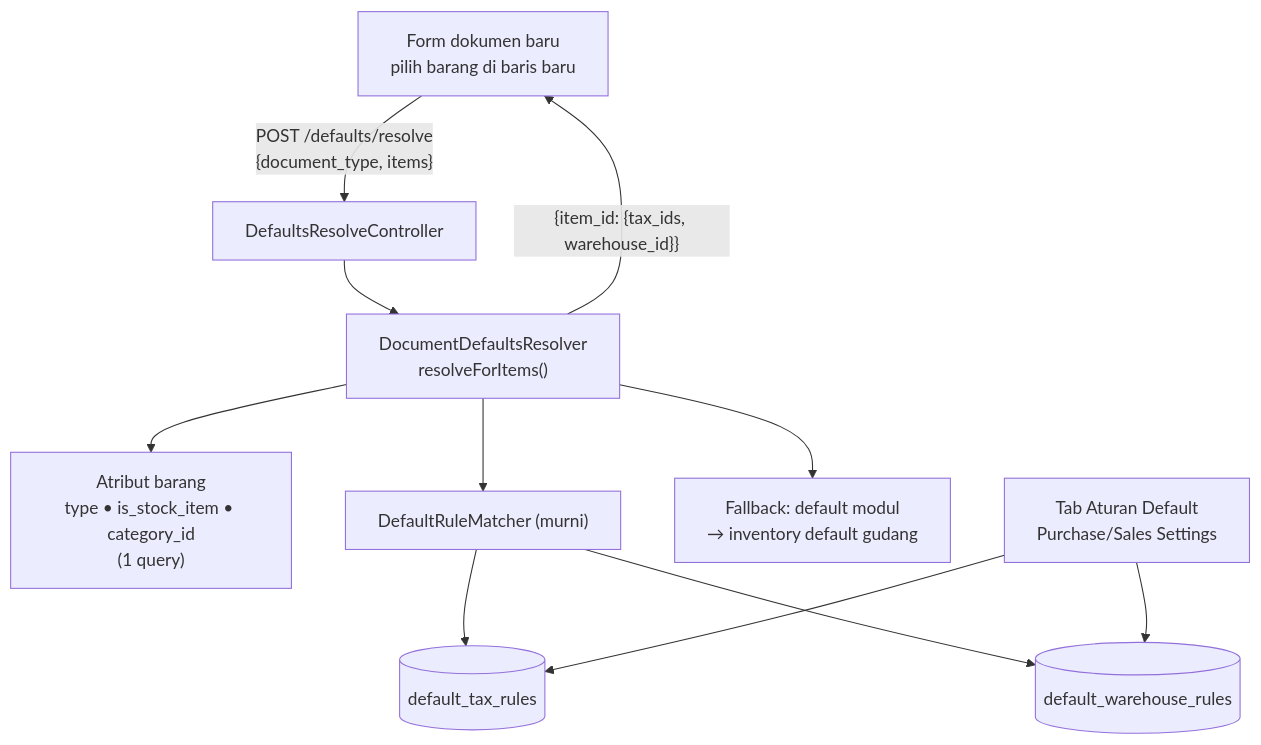
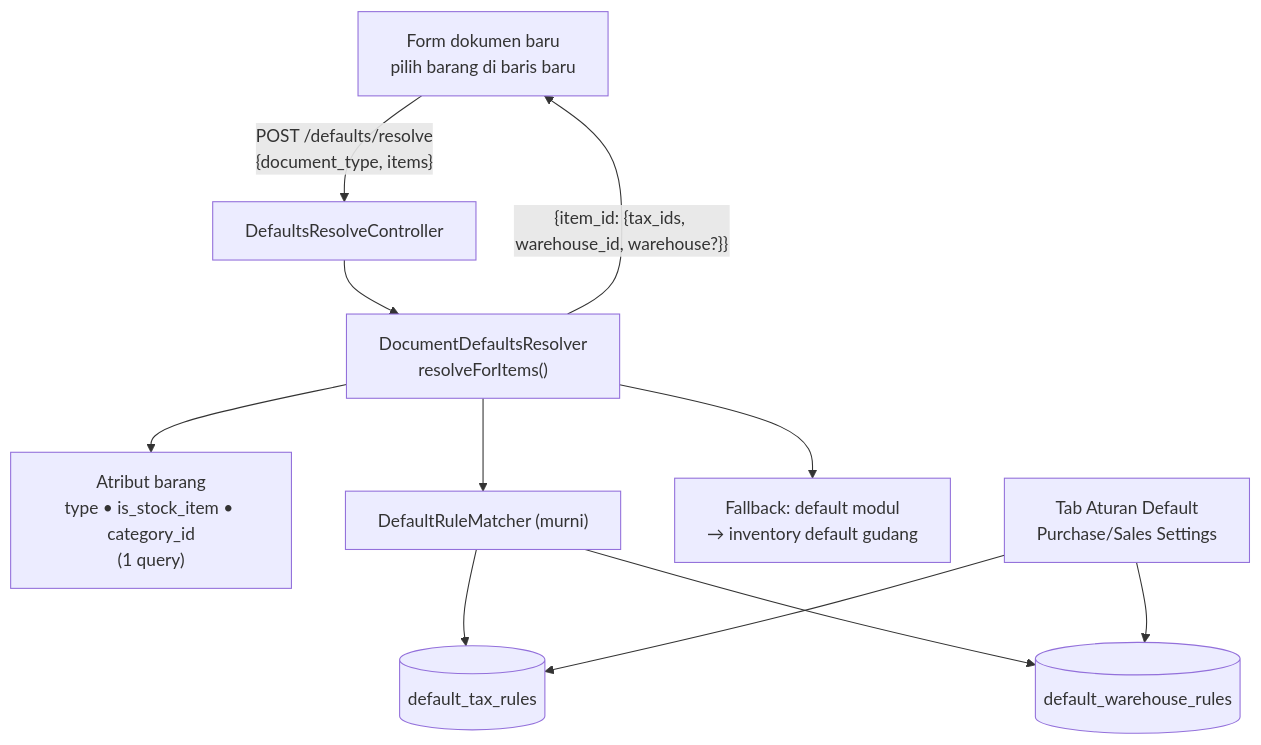
One commit to RimbunCode/erp_pataya changed the diagram in .kiro/specs/module-conditional-defaults/design.md. Above: the diagram before and after it, drawn with Mermaid. The commit also changed other lines of this file and 86 other files, not shown here.

````diff
--- a/.kiro/specs/module-conditional-defaults/design.md
+++ b/.kiro/specs/module-conditional-defaults/design.md
@@ -25,13 +25,13 @@
 ```mermaid
 flowchart TD
     FE["Form dokumen baru<br/>pilih barang di baris baru"] -->|"POST /defaults/resolve<br/>{document_type, items}"| CTRL[DefaultsResolveController]
     CTRL --> RES["DocumentDefaultsResolver<br/>resolveForItems()"]
     RES --> ATTR["Atribut barang<br/>type • is_stock_item • category_id<br/>(1 query)"]
     RES --> M["DefaultRuleMatcher (murni)"]
     M --> TR[("default_tax_rules")]
     M --> WR[("default_warehouse_rules")]
     RES --> FB["Fallback: default modul<br/>→ inventory default gudang"]
-    RES -->|"{item_id: {tax_ids, warehouse_id}}"| FE
+    RES -->|"{item_id: {tax_ids, warehouse_id, warehouse?}}"| FE
     ADM["Tab Aturan Default<br/>Purchase/Sales Settings"] --> TR
     ADM --> WR
 ```
````
